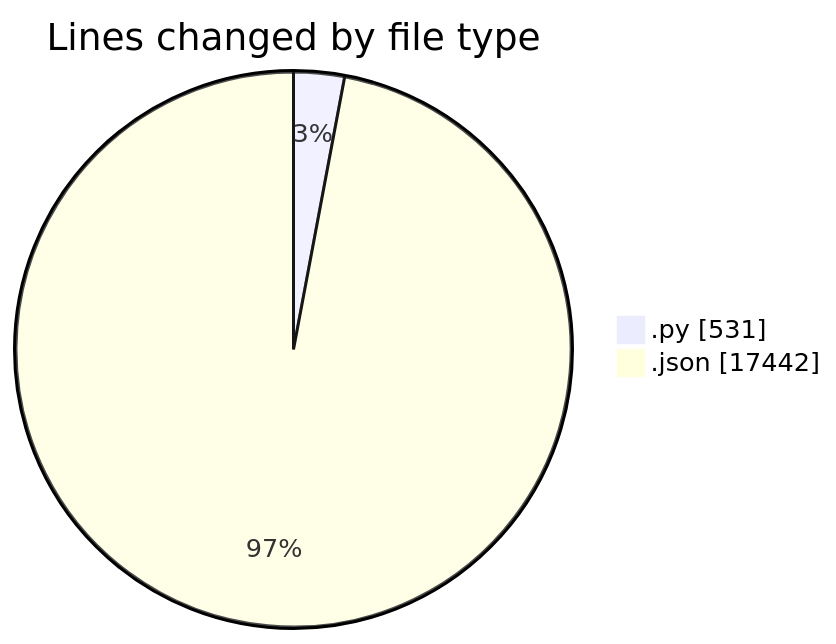
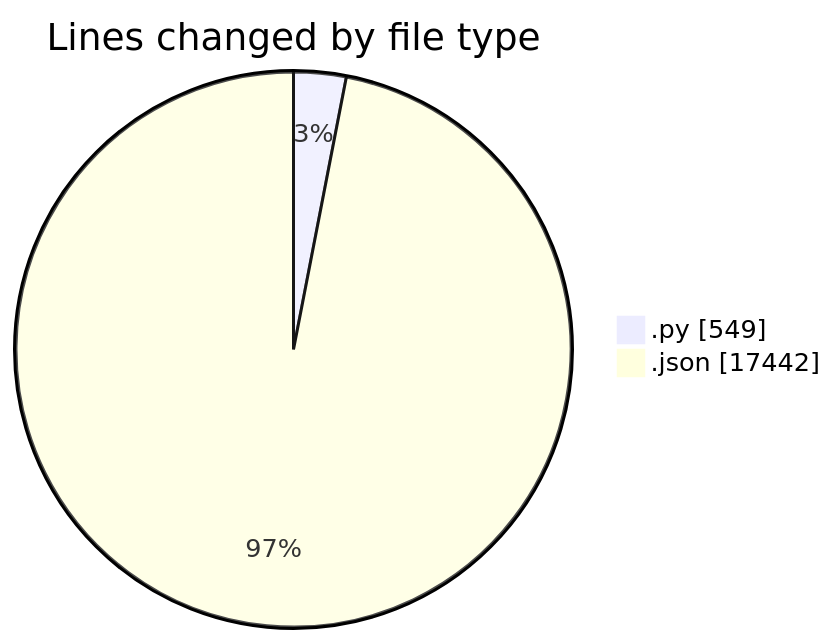
Before and after one commit to MatusMokan/code-tracking: the first of 2 diagrams in 2025-10-25/untitled__workspace_/README.md, drawn with Mermaid. The commit also changed other lines of this file and 1 other file, not shown here.

````diff
--- a/2025-10-25/untitled__workspace_/README.md
+++ b/2025-10-25/untitled__workspace_/README.md
@@ -21,6 +21,6 @@
 ```mermaid
 pie showData
 title Lines changed by file type
-".py" : 531
+".py" : 549
 ".json" : 17442
 ```
````
